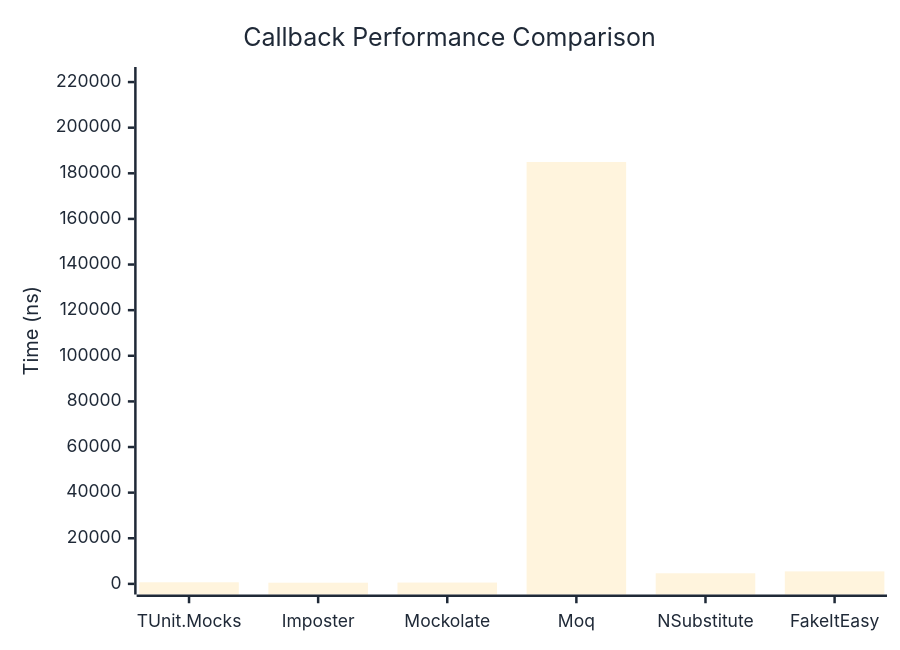
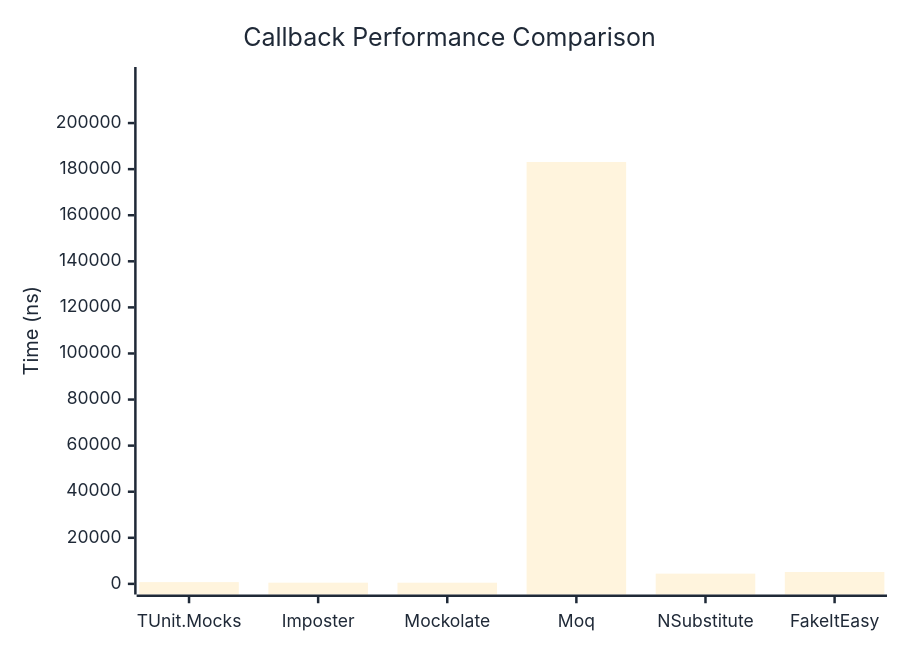
Before and after one commit to thomhurst/TUnit: the first of 2 diagrams in docs/docs/benchmarks/mocks/Callback.md, drawn with Mermaid. The commit also changed other lines of this file and 14 other files, not shown here.

````diff
--- a/docs/docs/benchmarks/mocks/Callback.md
+++ b/docs/docs/benchmarks/mocks/Callback.md
@@ -28,27 +28,27 @@
 ```mermaid
 %%{init: {
   'theme':'base',
   'themeVariables': {
     'primaryColor': '#2563eb',
     'primaryTextColor': '#1f2937',
     'primaryBorderColor': '#1e40af',
     'lineColor': '#6b7280',
     'secondaryColor': '#7c3aed',
     'tertiaryColor': '#dc2626',
     'background': '#ffffff',
     'pie1': '#2563eb',
     'pie2': '#7c3aed',
     'pie3': '#dc2626',
     'pie4': '#f59e0b',
     'pie5': '#10b981',
     'pie6': '#06b6d4',
     'pie7': '#ec4899',
     'pie8': '#6366f1'
   }
 }}%%
 xychart-beta
   title "Callback Performance Comparison"
   x-axis ["TUnit.Mocks", "Imposter", "Mockolate", "Moq", "NSubstitute", "FakeItEasy"]
-  y-axis "Time (ns)" 0 --> 221948
-  bar [694.7, 518.4, 570.1, 184956.2, 4652.2, 5477]
+  y-axis "Time (ns)" 0 --> 219720
+  bar [768.9, 514.7, 510, 183100, 4444.2, 5142.2]
 ```
````
